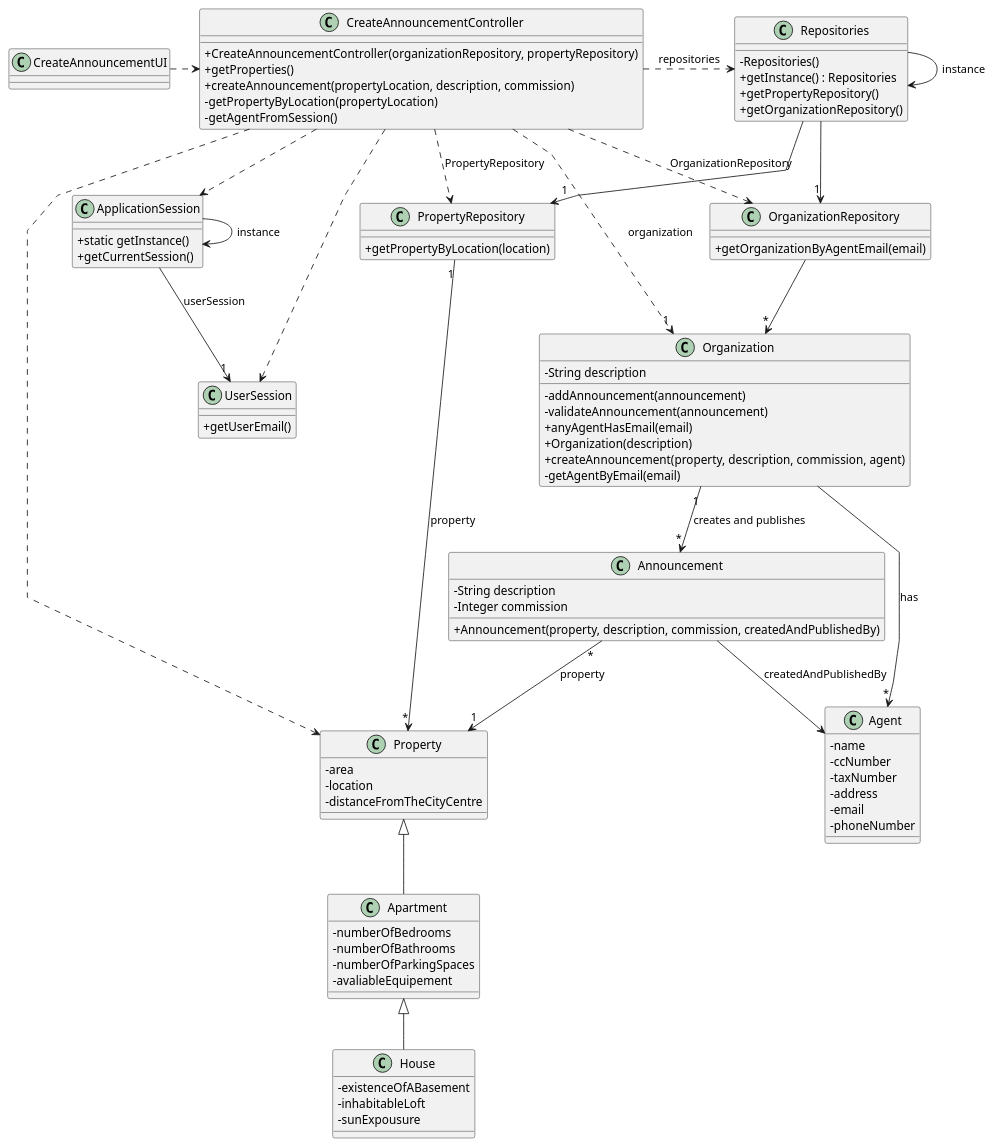
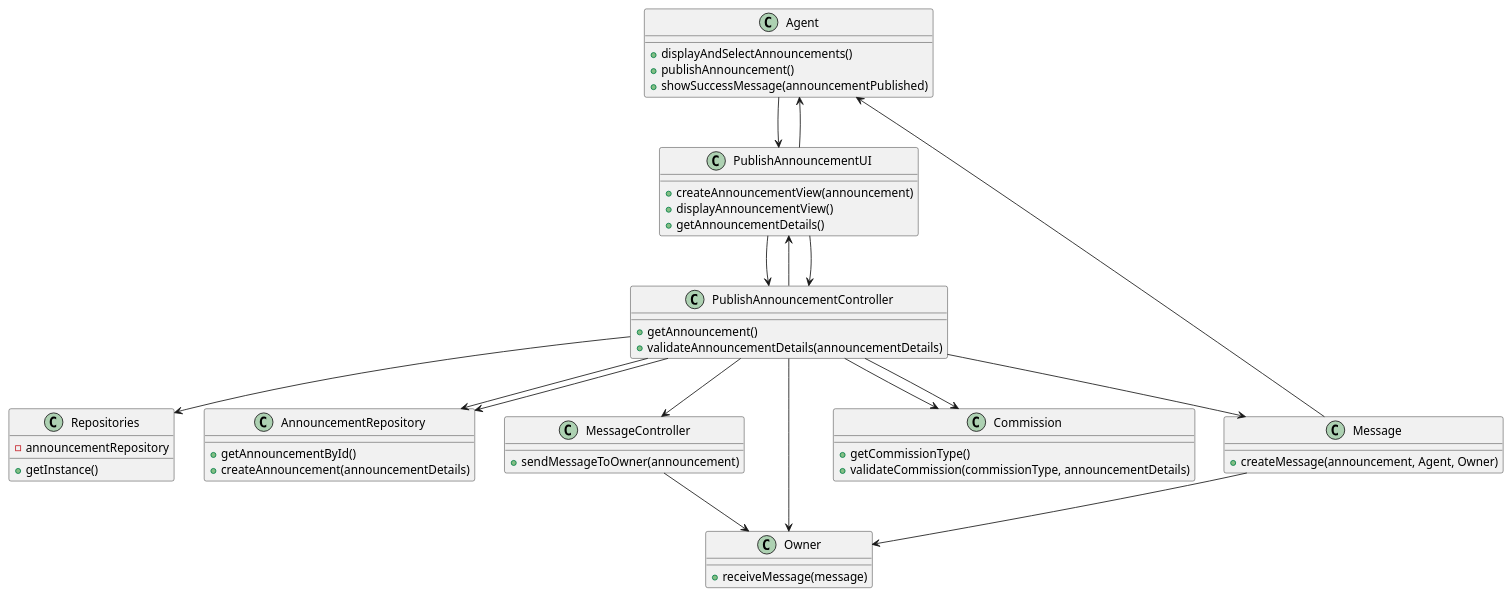
The diagram in docs/Sprint-D/US002/03.design/puml/us002-class-diagram.puml (Rodrick0209/ISEP-LAPR2-22-23), drawn with PlantUML before and after one commit. The commit also changed 41 other files, not shown here.

```diff
--- a/docs/Sprint-D/US002/03.design/puml/us002-class-diagram.puml
+++ b/docs/Sprint-D/US002/03.design/puml/us002-class-diagram.puml
@@ -1,128 +1,63 @@
 @startuml
-'skinparam monochrome true
-skinparam packageStyle rectangle
-skinparam shadowing false
-skinparam linetype polyline
-'skinparam linetype orto
-
-skinparam classAttributeIconSize 0
-
-'left to right direction
-
-class ApplicationSession
-{
-    + static getInstance()
-    + getCurrentSession()
+class Agent {
+  + displayAndSelectAnnouncements()
+  + publishAnnouncement()
+  + showSuccessMessage(announcementPublished)
 }
 
-class UserSession
-{
-    + getUserEmail()
+class PublishAnnouncementUI {
+  + createAnnouncementView(announcement)
+  + displayAnnouncementView()
+  + getAnnouncementDetails()
 }
 
-class Agent {
-    - name
-    - ccNumber
-    - taxNumber
-    - address
-    - email
-    - phoneNumber
-}
-
-class Announcement {
-    - String description
-    - Integer commission
-
-    + Announcement(property, description, commission, createdAndPublishedBy)
-}
-
-class Property {
-    - area
-    - location
-    - distanceFromTheCityCentre
-}
-
-class Apartment{
-    - numberOfBedrooms
-    - numberOfBathrooms
-    - numberOfParkingSpaces
-    - avaliableEquipement
-}
-
-class House{
-    - existenceOfABasement
-    - inhabitableLoft
-    - sunExpousure
-}
-
-class Organization {
-    - String description
-
-    - addAnnouncement(announcement)
-    - validateAnnouncement(announcement)
-    + anyAgentHasEmail(email)
-    + Organization(description)
-    + createAnnouncement(property, description, commission, agent)
-    - getAgentByEmail(email)
-
-'  +saveAnnouncement(announcement)
-}
-
-class PropertyRepository {
-    + getPropertyByLocation(location)
-}
-
-class OrganizationRepository {
-    + getOrganizationByAgentEmail(email)
+class PublishAnnouncementController {
+  + getAnnouncement()
+  + validateAnnouncementDetails(announcementDetails)
 }
 
 class Repositories {
-    - Repositories()
-    + getInstance() : Repositories
-    + getPropertyRepository()
-    + getOrganizationRepository()
+  - announcementRepository
+  + getInstance()
 }
 
-class CreateAnnouncementController {
-    + CreateAnnouncementController(organizationRepository, propertyRepository)
-    + getProperties()
-    + createAnnouncement(propertyLocation, description, commission)
-    - getPropertyByLocation(propertyLocation)
-    - getAgentFromSession()
+class AnnouncementRepository {
+  + getAnnouncementById()
+  + createAnnouncement(announcementDetails)
 }
 
-class CreateAnnouncementUI {
+class MessageController {
+  + sendMessageToOwner(announcement)
 }
 
-Repositories -> Repositories : instance
-ApplicationSession -> ApplicationSession : instance
+class Owner {
+  + receiveMessage(message)
+}
 
-CreateAnnouncementUI .> CreateAnnouncementController
+class Message {
+  + createMessage(announcement, Agent, Owner)
+}
 
-CreateAnnouncementController .> Repositories : repositories
+class Commission {
+  + getCommissionType()
+  + validateCommission(commissionType, announcementDetails)
+}
 
-
-CreateAnnouncementController .> Property
-CreateAnnouncementController ..> OrganizationRepository : OrganizationRepository
-CreateAnnouncementController ..> PropertyRepository : PropertyRepository
-
-Repositories -> "1" OrganizationRepository
-Repositories -> "1" PropertyRepository
-
-OrganizationRepository --> "*" Organization
-ApplicationSession --> "1" UserSession : userSession
-
-CreateAnnouncementController ..> "1" Organization : organization
-CreateAnnouncementController ..> ApplicationSession
-CreateAnnouncementController ..> UserSession
-Announcement "*" --> "1" Property : property
-PropertyRepository "1" --> "*" Property : property
-Organization "1" --> "*" Announcement : creates and publishes
-Announcement --> Agent : createdAndPublishedBy
-
-Organization --> "*" Agent : has
-
-Property <|-- Apartment
-Apartment <|-- House
+Agent --> PublishAnnouncementUI
+PublishAnnouncementUI --> PublishAnnouncementController
+PublishAnnouncementController --> Repositories
+PublishAnnouncementController --> Commission
+PublishAnnouncementController --> AnnouncementRepository
+PublishAnnouncementController --> MessageController
+PublishAnnouncementController --> Owner
+PublishAnnouncementController --> Message
+PublishAnnouncementUI --> Agent
+PublishAnnouncementController --> PublishAnnouncementUI
+PublishAnnouncementUI --> PublishAnnouncementController
+PublishAnnouncementController --> AnnouncementRepository
+PublishAnnouncementController --> Commission
+MessageController --> Owner
+Message --> Owner
+Message --> Agent
 
 @enduml
```
